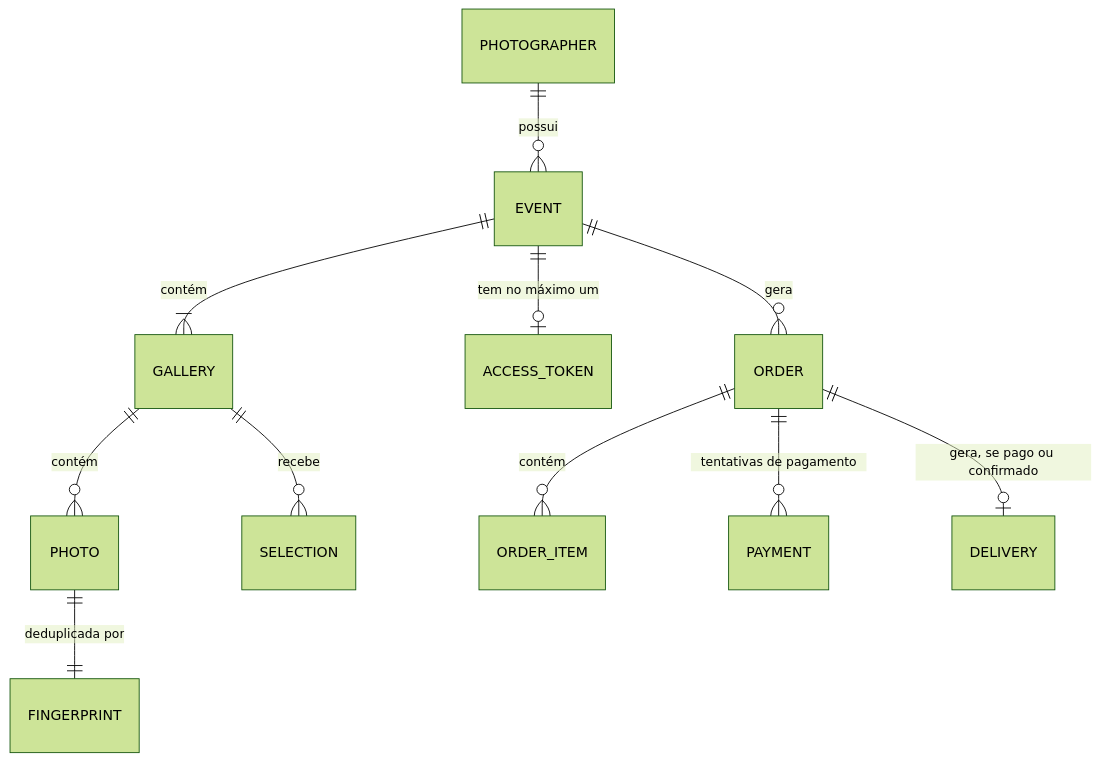
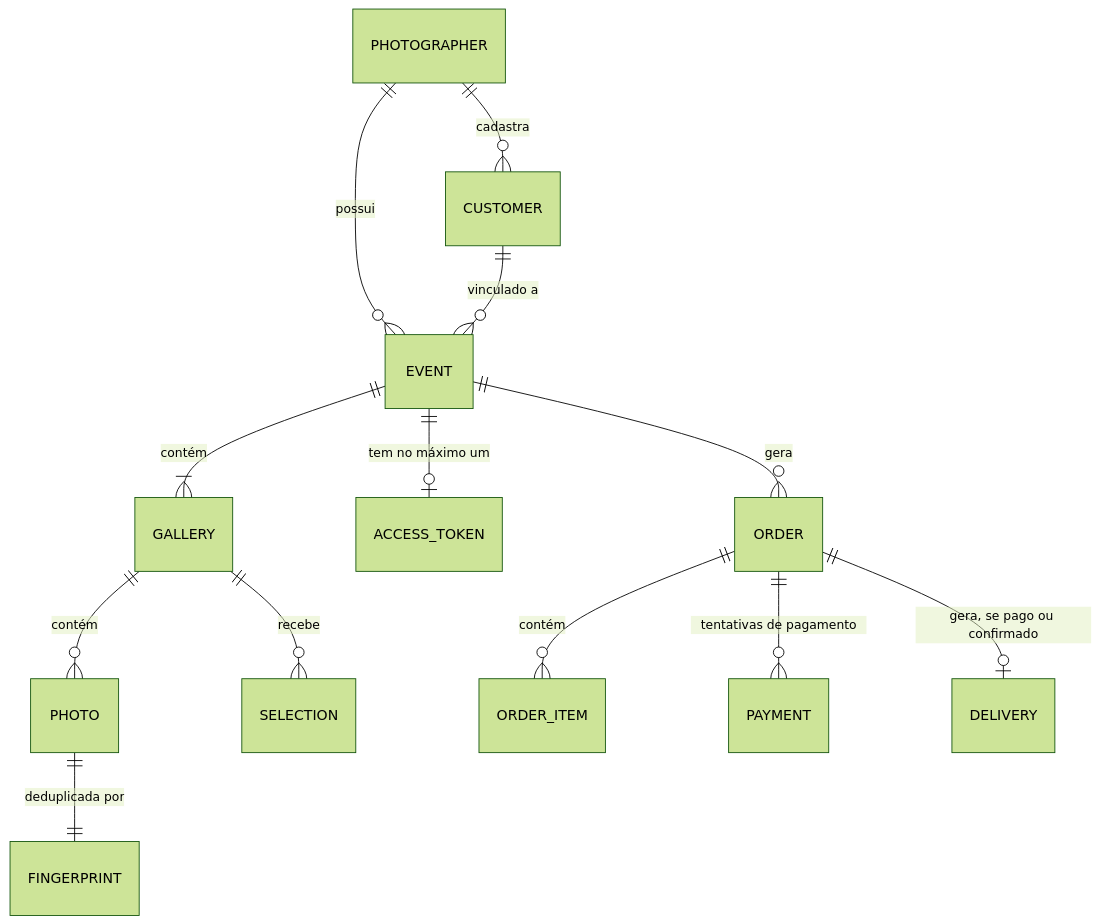
Before and after one commit to andreselva/lumora-docs: the diagram in developers/architecture/data-model.mdx, drawn with Mermaid (forest theme). The commit also changed other lines of this file and 11 other files, not shown here.

````diff
--- a/developers/architecture/data-model.mdx
+++ b/developers/architecture/data-model.mdx
@@ -47,13 +49,15 @@
 ```mermaid
 erDiagram
   PHOTOGRAPHER ||--o{ EVENT : "possui"
+  PHOTOGRAPHER ||--o{ CUSTOMER : "cadastra"
+  CUSTOMER ||--o{ EVENT : "vinculado a"
   EVENT ||--|{ GALLERY : "contém"
   GALLERY ||--o{ PHOTO : "contém"
   PHOTO ||--|| FINGERPRINT : "deduplicada por"
   EVENT ||--o| ACCESS_TOKEN : "tem no máximo um"
   GALLERY ||--o{ SELECTION : "recebe"
   EVENT ||--o{ ORDER : "gera"
   ORDER ||--o{ ORDER_ITEM : "contém"
   ORDER ||--o{ PAYMENT : "tentativas de pagamento"
   ORDER ||--o| DELIVERY : "gera, se pago ou confirmado"
 ```
````
